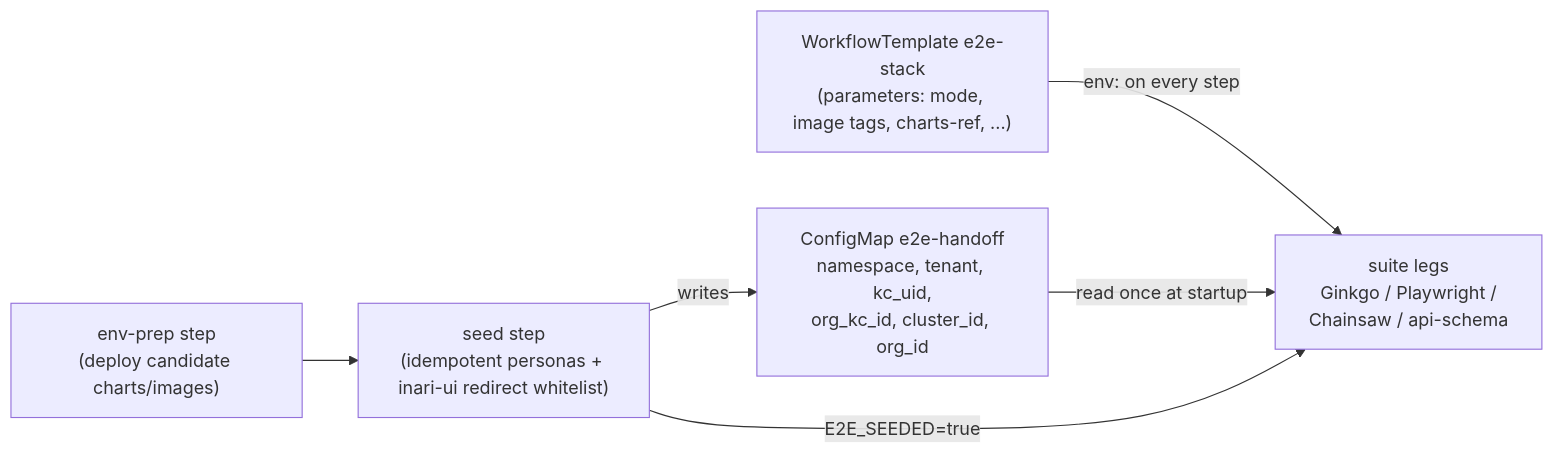
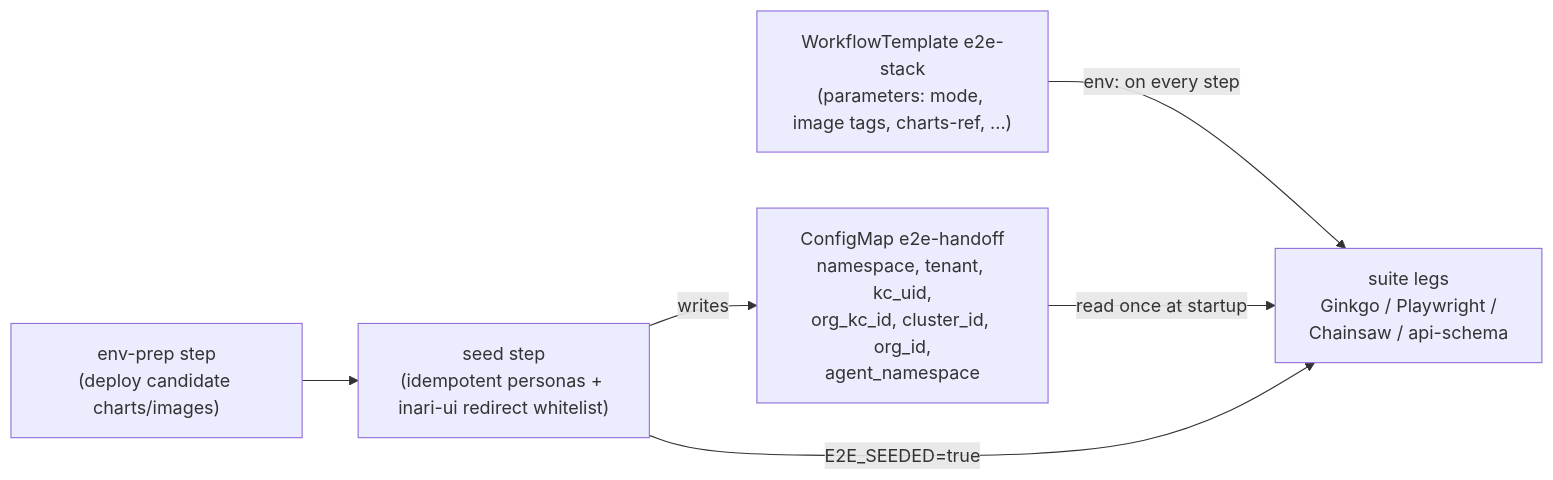
One commit to 7K-Inari/inari-release-bundle changed the diagram in docs/e2e/environment-contract.md. Above: the diagram before and after it, drawn with Mermaid. The commit also changed other lines of this file and 2 other files, not shown here.

Commit message:
docs(e2e): document agent_namespace in the handoff + env contract

````diff
--- a/docs/e2e/environment-contract.md
+++ b/docs/e2e/environment-contract.md
@@ -51,8 +52,8 @@
 ```mermaid
 flowchart LR
     WT["WorkflowTemplate e2e-stack<br/>(parameters: mode, image tags, charts-ref, ...)"] -->|env: on every step| SUITES
     PREP["env-prep step<br/>(deploy candidate charts/images)"] --> SEED["seed step<br/>(idempotent personas + inari-ui redirect whitelist)"]
-    SEED -->|writes| CM["ConfigMap e2e-handoff<br/>namespace, tenant, kc_uid,<br/>org_kc_id, cluster_id, org_id"]
+    SEED -->|writes| CM["ConfigMap e2e-handoff<br/>namespace, tenant, kc_uid,<br/>org_kc_id, cluster_id, org_id,<br/>agent_namespace"]
     CM -->|read once at startup| SUITES["suite legs<br/>Ginkgo / Playwright /<br/>Chainsaw / api-schema"]
     SEED -->|E2E_SEEDED=true| SUITES
 ```
````
